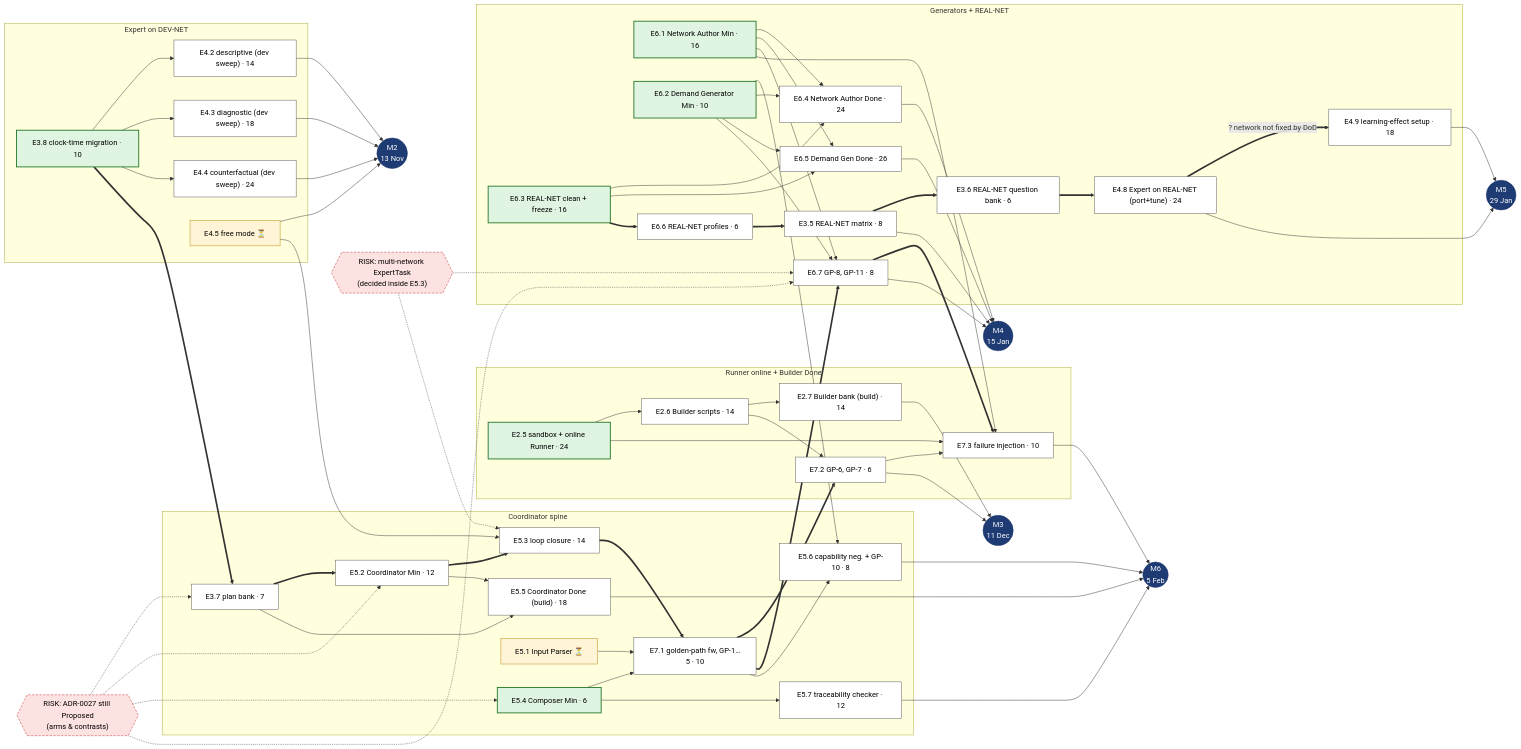
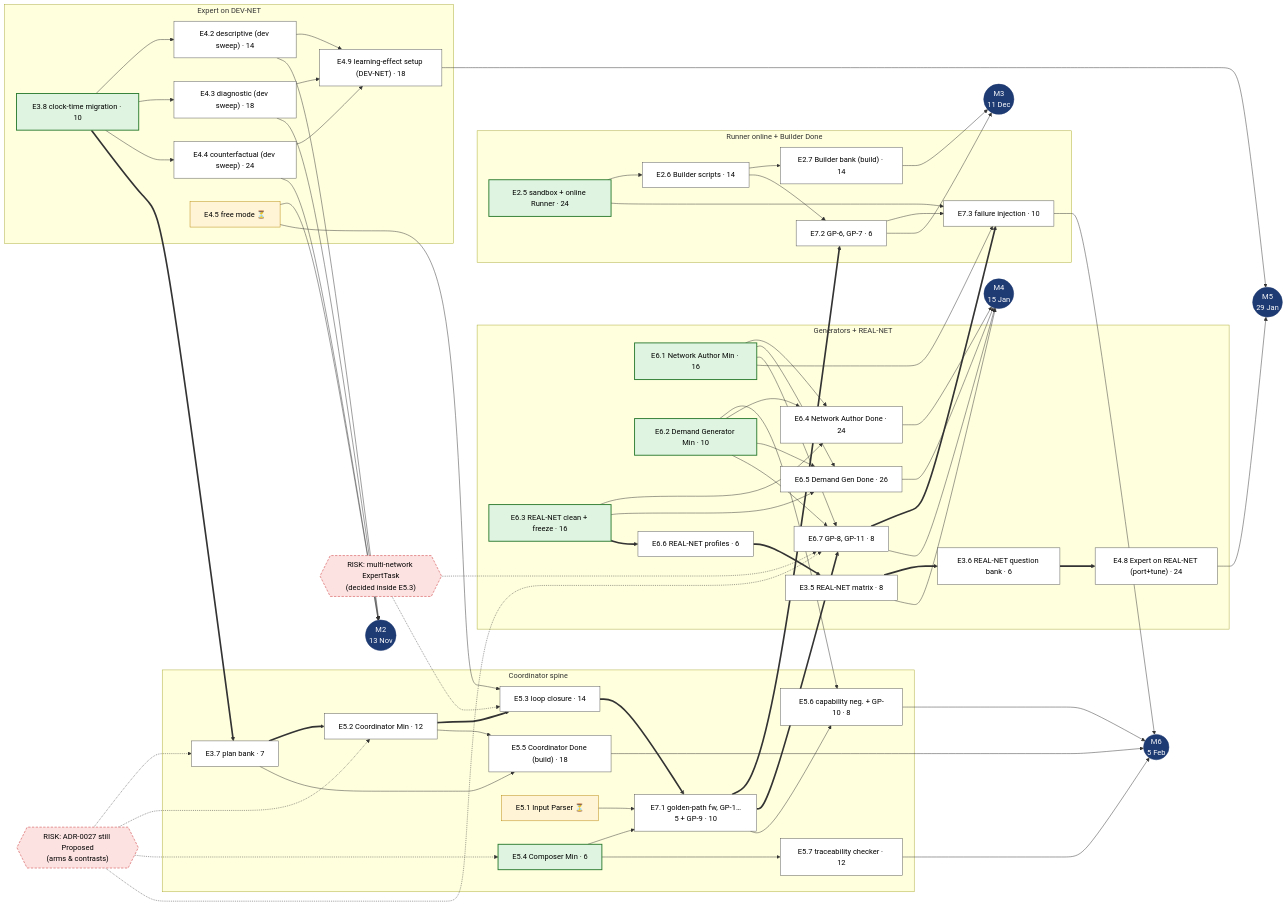
The first of 2 diagrams in docs/prototype-dag-pending-tasks.md (ferranUPC/resto), drawn with Mermaid before and after one commit. The commit also changed other lines of this file, not shown here.

```diff
--- a/docs/prototype-dag-pending-tasks.md
+++ b/docs/prototype-dag-pending-tasks.md
@@ -32,6 +32,7 @@
     E43["E4.3 diagnostic (dev sweep) · 18"]:::pending
     E44["E4.4 counterfactual (dev sweep) · 24"]:::pending
     E45["E4.5 free mode ⏳"]:::await
+    E49["E4.9 learning-effect setup (DEV-NET) · 18"]:::pending
   end
 
   subgraph SPINE["Coordinator spine"]
@@ -40,7 +41,7 @@
     E53["E5.3 loop closure · 14"]:::pending
     E54["E5.4 Composer Min · 6"]:::frontier
     E51["E5.1 Input Parser ⏳"]:::await
-    E71["E7.1 golden-path fw, GP-1…5 · 10"]:::pending
+    E71["E7.1 golden-path fw, GP-1…5 + GP-9 · 10"]:::pending
     E55["E5.5 Coordinator Done (build) · 18"]:::pending
     E57["E5.7 traceability checker · 12"]:::pending
     E56["E5.6 capability neg. + GP-10 · 8"]:::pending
@@ -64,7 +65,6 @@
     E35["E3.5 REAL-NET matrix · 8"]:::pending
     E36["E3.6 REAL-NET question bank · 6"]:::pending
     E48["E4.8 Expert on REAL-NET (port+tune) · 24"]:::pending
-    E49["E4.9 learning-effect setup · 18"]:::pending
     E67["E6.7 GP-8, GP-11 · 8"]:::pending
   end
 
@@ -76,6 +76,7 @@
 
   %% Expert
   E38 --> E42 & E43 & E44
+  E42 & E43 & E44 --> E49
   E42 & E43 & E44 & E45 --> M2
 
   %% Coordinator spine (critical for M3, M4, M6)
@@ -102,7 +103,7 @@
   E61 & E62 & E63 --> E65
   E61 & E62 --> E67
   E61 --> E73
-  E63 ==> E66 ==> E35 ==> E36 ==> E48 ==>|"? network not fixed by DoD"| E49
+  E63 ==> E66 ==> E35 ==> E36 ==> E48
   E64 & E65 & E35 & E67 --> M4
   E48 & E49 --> M5
   E55 & E56 & E57 & E73 --> M6
```
